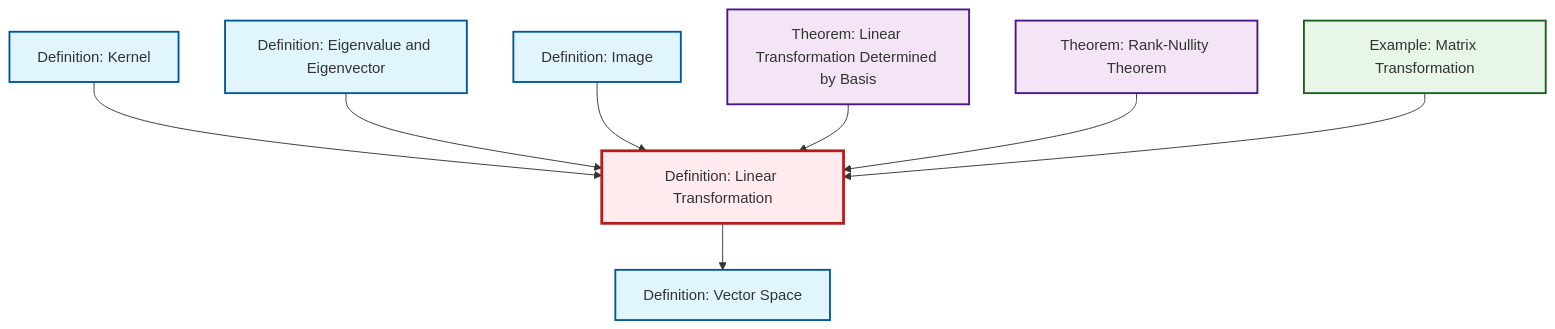
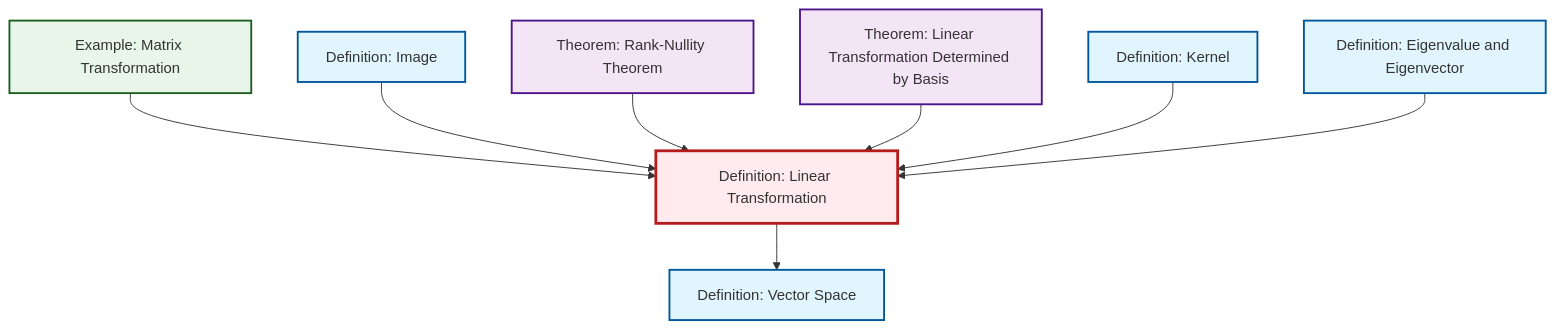
One commit to RK0429/ModernMath changed the diagram in content/en/algebra/def-linear-transformation.qmd. Above: the diagram before and after it, drawn with Mermaid. The commit also changed other lines of this file and 360 other files, not shown here.

````diff
--- a/content/en/algebra/def-linear-transformation.qmd
+++ b/content/en/algebra/def-linear-transformation.qmd
@@ -45,32 +45,32 @@
 ```{mermaid}
 %%| fig-cap: "Local dependency graph"
 graph TD
     classDef definition fill:#e1f5fe,stroke:#01579b,stroke-width:2px
     classDef theorem fill:#f3e5f5,stroke:#4a148c,stroke-width:2px
     classDef axiom fill:#fff3e0,stroke:#e65100,stroke-width:2px
     classDef example fill:#e8f5e9,stroke:#1b5e20,stroke-width:2px
     classDef current fill:#ffebee,stroke:#b71c1c,stroke-width:3px
+    thm-linear-transformation-basis["Theorem: Linear Transformation Determined by Basis"]:::theorem
+    thm-rank-nullity["Theorem: Rank-Nullity Theorem"]:::theorem
+    def-kernel["Definition: Kernel"]:::definition
+    def-image["Definition: Image"]:::definition
+    def-vector-space["Definition: Vector Space"]:::definition
     def-eigenvalue-eigenvector["Definition: Eigenvalue and Eigenvector"]:::definition
-    def-kernel["Definition: Kernel"]:::definition
+    ex-matrix-transformation["Example: Matrix Transformation"]:::example
     def-linear-transformation["Definition: Linear Transformation"]:::definition
-    def-vector-space["Definition: Vector Space"]:::definition
-    thm-rank-nullity["Theorem: Rank-Nullity Theorem"]:::theorem
-    thm-linear-transformation-basis["Theorem: Linear Transformation Determined by Basis"]:::theorem
-    def-image["Definition: Image"]:::definition
-    ex-matrix-transformation["Example: Matrix Transformation"]:::example
+    ex-matrix-transformation --> def-linear-transformation
+    def-image --> def-linear-transformation
+    thm-rank-nullity --> def-linear-transformation
+    def-linear-transformation --> def-vector-space
+    thm-linear-transformation-basis --> def-linear-transformation
     def-kernel --> def-linear-transformation
     def-eigenvalue-eigenvector --> def-linear-transformation
-    def-image --> def-linear-transformation
-    thm-linear-transformation-basis --> def-linear-transformation
-    thm-rank-nullity --> def-linear-transformation
-    ex-matrix-transformation --> def-linear-transformation
-    def-linear-transformation --> def-vector-space
     class def-linear-transformation current
+    click thm-linear-transformation-basis "thm-linear-transformation-basis.html" "Go to Linear Transformation Determined by Basis theorem"
+    click thm-rank-nullity "thm-rank-nullity.html" "Go to Rank-Nullity Theorem theorem"
+    click def-kernel "def-kernel.html" "Go to Kernel definition"
+    click def-image "def-image.html" "Go to Image definition"
+    click def-vector-space "def-vector-space.html" "Go to Vector Space definition"
     click def-eigenvalue-eigenvector "def-eigenvalue-eigenvector.html" "Go to Eigenvalue and Eigenvector definition"
-    click def-kernel "def-kernel.html" "Go to Kernel definition"
-    click def-vector-space "def-vector-space.html" "Go to Vector Space definition"
-    click thm-rank-nullity "thm-rank-nullity.html" "Go to Rank-Nullity Theorem theorem"
-    click thm-linear-transformation-basis "thm-linear-transformation-basis.html" "Go to Linear Transformation Determined by Basis theorem"
-    click def-image "def-image.html" "Go to Image definition"
     click ex-matrix-transformation "ex-matrix-transformation.html" "Go to Matrix Transformation example"
 ```
````
